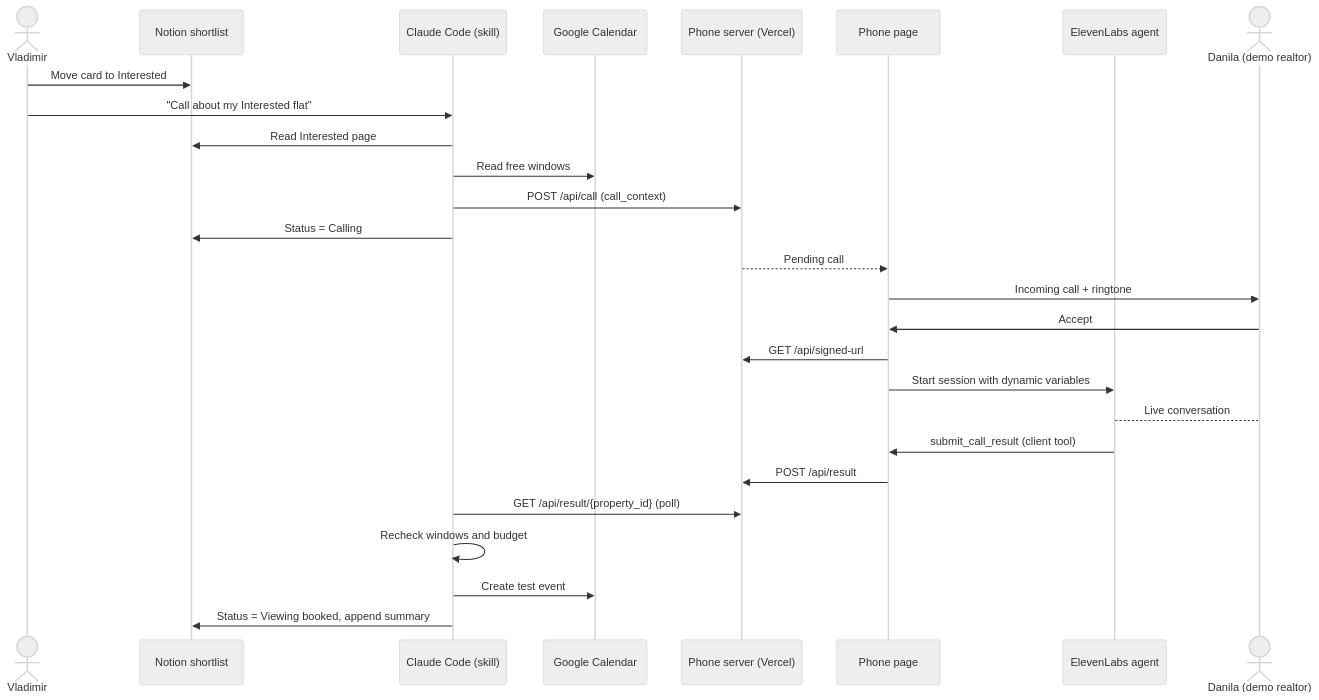
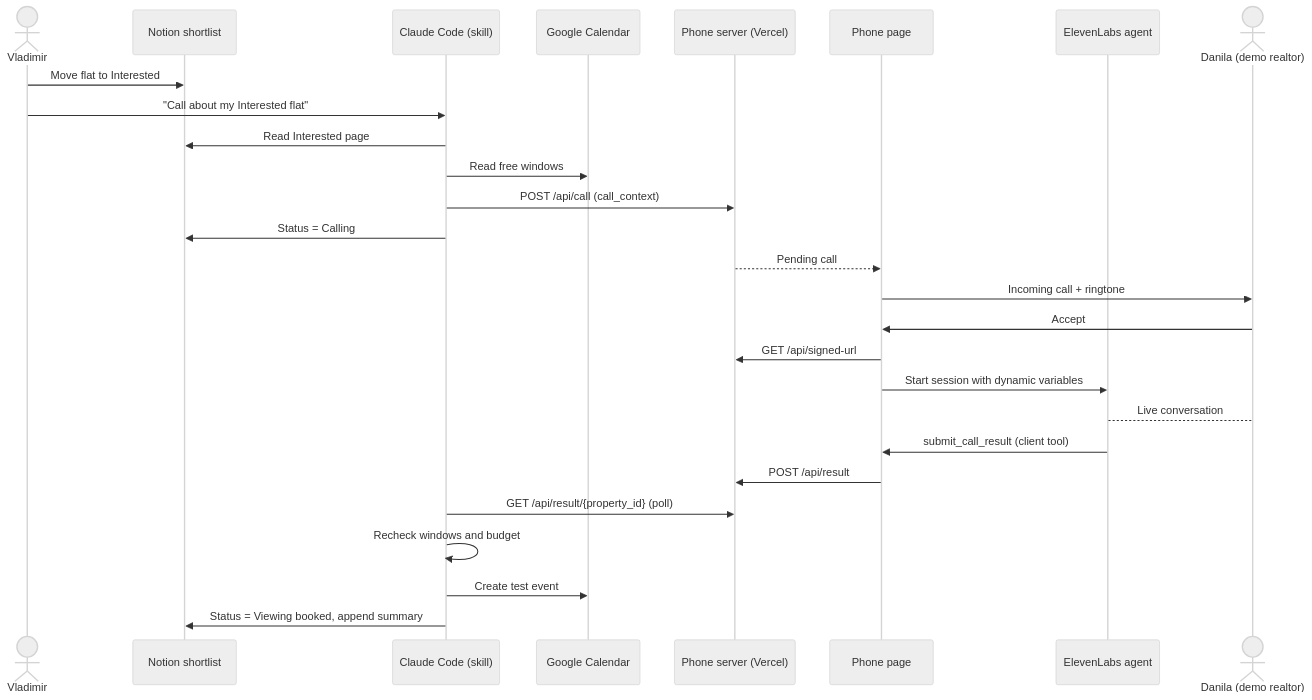
Before and after one commit to Skilux/domovoy: the second of 2 diagrams in docs/prd/README.md, drawn with Mermaid (neutral theme). The commit also changed other lines of this file and 8 other files, not shown here.

````diff
--- a/docs/prd/README.md
+++ b/docs/prd/README.md
@@ -47,29 +47,29 @@
 ```mermaid
 sequenceDiagram
   actor V as Vladimir
   participant N as Notion shortlist
   participant C as Claude Code (skill)
   participant Cal as Google Calendar
   participant S as Phone server (Vercel)
   participant P as Phone page
   participant E as ElevenLabs agent
   actor D as Danila (demo realtor)
-  V->>N: Move card to Interested
+  V->>N: Move flat to Interested
   V->>C: "Call about my Interested flat"
   C->>N: Read Interested page
   C->>Cal: Read free windows
   C->>S: POST /api/call (call_context)
   C->>N: Status = Calling
   S-->>P: Pending call
   P->>D: Incoming call + ringtone
   D->>P: Accept
   P->>S: GET /api/signed-url
   P->>E: Start session with dynamic variables
   E-->D: Live conversation
   E->>P: submit_call_result (client tool)
   P->>S: POST /api/result
   C->>S: GET /api/result/{property_id} (poll)
   C->>C: Recheck windows and budget
   C->>Cal: Create test event
   C->>N: Status = Viewing booked, append summary
 ```
````
